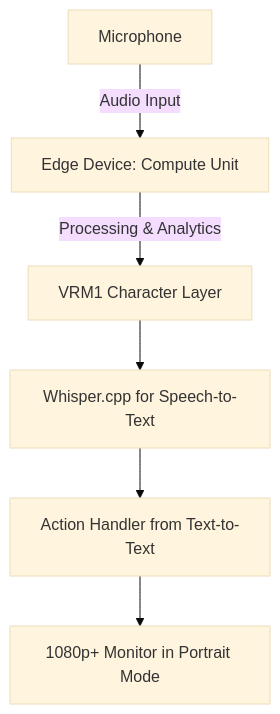
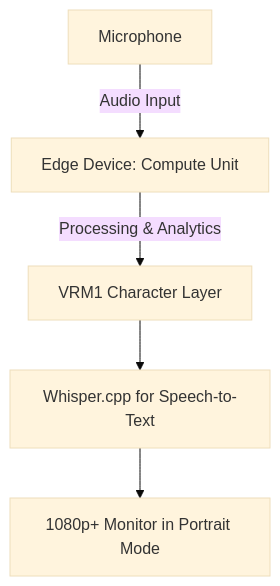
Before and after one commit to V-Sekai/manuals: the diagram in prototypes/20230908-bendable-screen-generative-assistant.md, drawn with Mermaid (base theme). The commit also changed other lines of this file, not shown here.

````diff
--- a/prototypes/20230908-bendable-screen-generative-assistant.md
+++ b/prototypes/20230908-bendable-screen-generative-assistant.md
@@ -50,8 +48,7 @@
 ```mermaid
 graph TD
 A[Edge Device: Compute Unit] -->|Processing & Analytics| B[VRM1 Character Layer]
 B --> D[Whisper.cpp for Speech-to-Text]
-D --> E[Action Handler from Text-to-Text]
-E --> F[1080p+ Monitor in Portrait Mode]
+D --> F[1080p+ Monitor in Portrait Mode]
 H[Microphone] -- Audio Input --> A
 ```
````
